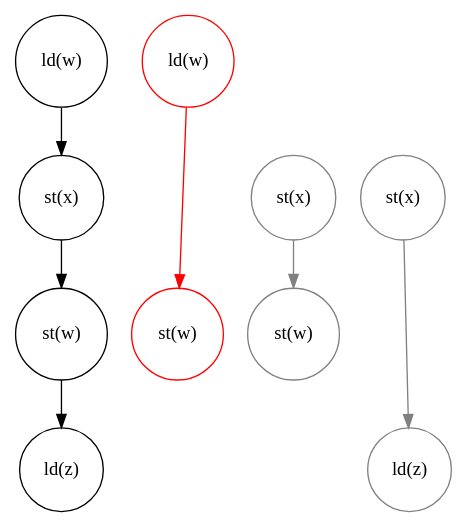
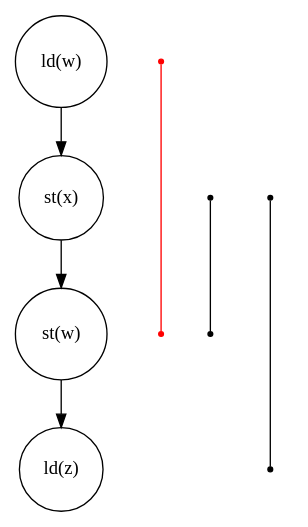
One commit to johnbender/oopsla-2015-presentation changed the fourth of 10 diagrams in presentation.org. Above: the diagram before and after it, drawn with Graphviz. The commit also changed other lines of this file and 11 other files, not shown here.

Commit message:
alter the algorithm graphs per feedback

```diff
--- a/presentation.org
+++ b/presentation.org
@@ -903,40 +870,40 @@
    #+BEGIN_SRC dot :file assets/images/full-graph-elim.png :exports results
 digraph a {
  splines=line
  node [shape = circle];
  1 [label="ld(w)"]
  2 [label="st(x)"]
  3 [label="st(w)"]
  4 [label="ld(z)"]
 
  1 -> 2
  2 -> 3
  3 -> 4
 
- node[shape=circle]
- 5 [label="ld(w)", color="red"]
- 7 [label="st(w)", color="red"]
+ node[shape=point]
+ 5 [color="red"]
+ 7 [color="red"]
 
- 9 [label="st(x)", color="gray"]
- 10 [label="st(w)", color="gray"]
+ 9 [color="black"]
+ 10 [ color="black"]
 
- 6 [label="st(x)", color="gray"]
- 8 [label="ld(z)", color="gray"]
+ 6 [color="black"]
+ 8 [ color="black"]
 
  node[shape=point style=invis]
  splines=line
  5 -> m [style=invis]
  m -> 7 [style=invis]
  n -> 6 [style=invis]
  6 -> o [style=invis]
  o -> 8 [style=invis]
  p -> 9 [style=invis]
 
 
- 5 -> 7 [color="red"]
+ 5 -> 7 [color="red"  arrowhead=none]
 
- 9 -> 10 [color="gray"]
+ 9 -> 10 [color="black"  arrowhead=none]
 
- 6 -> 8 [color="gray"]
+ 6 -> 8 [color="black"  arrowhead=none]
 }
    #+END_SRC
```
